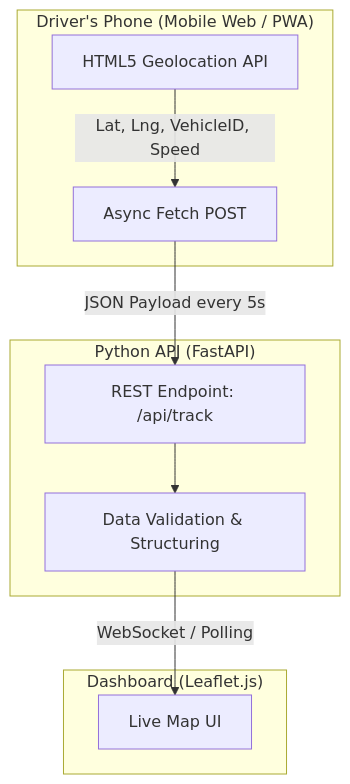
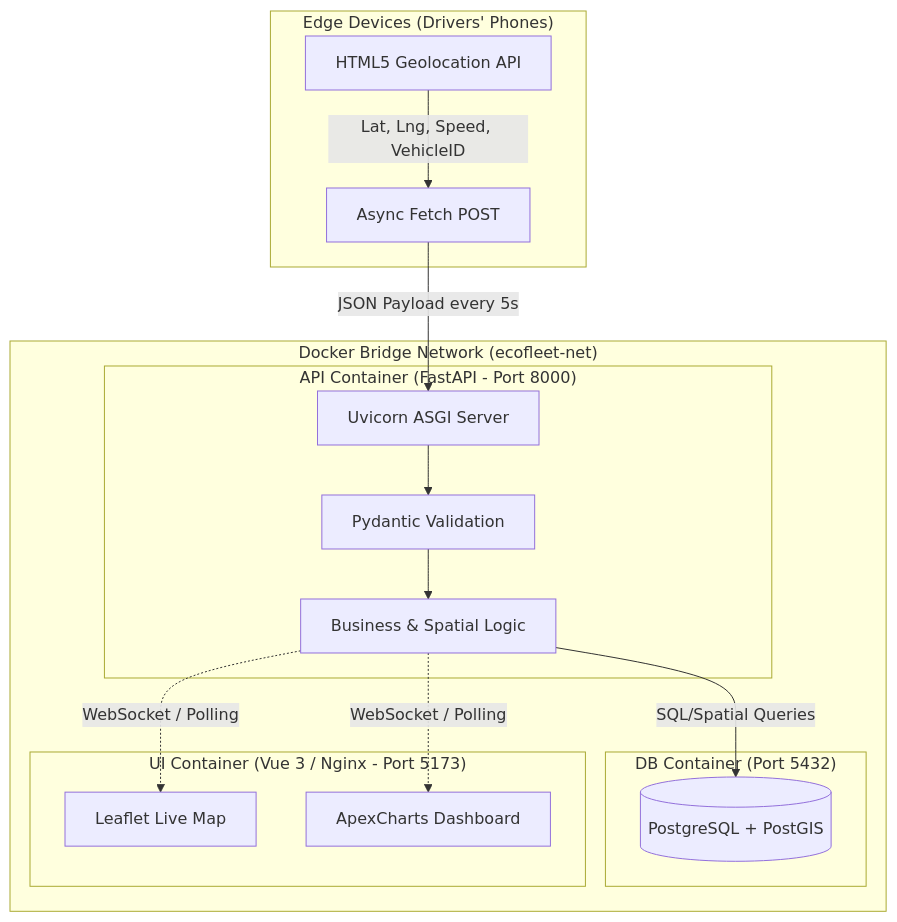
One commit to EgeSul/EcoFleet-Core changed the diagram in README.md. Above: the diagram before and after it, drawn with Mermaid. The commit also changed other lines of this file, not shown here.

````diff
--- a/README.md
+++ b/README.md
@@ -14,20 +71,32 @@
 ```mermaid
-flowchart TD
-    subgraph Mobile Client ["Driver's Phone (Mobile Web / PWA)"]
+graph TD
+    subgraph MobileEdge ["Edge Devices (Drivers' Phones)"]
         GPS[HTML5 Geolocation API]
         Sender[Async Fetch POST]
-        GPS -->|Lat, Lng, VehicleID, Speed| Sender
+        GPS -->|Lat, Lng, Speed, VehicleID| Sender
     end
 
-    subgraph Backend Engine ["Python API (FastAPI)"]
-        Receiver[REST Endpoint: /api/track]
-        Processor[Data Validation & Structuring]
-        Sender -->|JSON Payload every 5s| Receiver
-        Receiver --> Processor
+    subgraph DockerNetwork ["Docker Bridge Network (ecofleet-net)"]
+        subgraph APIContainer ["API Container (FastAPI - Port 8000)"]
+            Engine[Uvicorn ASGI Server]
+            Validator[Pydantic Validation]
+            Logic[Business & Spatial Logic]
+        end
+
+        subgraph DBContainer ["DB Container (Port 5432)"]
+            PG[(PostgreSQL + PostGIS)]
+        end
+
+        subgraph UIContainer ["UI Container (Vue 3 / Nginx - Port 5173)"]
+            Map[Leaflet Live Map]
+            Metrics[ApexCharts Dashboard]
+        end
     end
 
-    subgraph Operations Center ["Dashboard (Leaflet.js)"]
-        Map[Live Map UI]
-        Processor -->|WebSocket / Polling| Map
-    end
+    Sender -->|JSON Payload every 5s| Engine
+    Engine --> Validator
+    Validator --> Logic
+    Logic -->|SQL/Spatial Queries| PG
+    Logic -.->|WebSocket / Polling| Map
+    Logic -.->|WebSocket / Polling| Metrics
 ```
````
